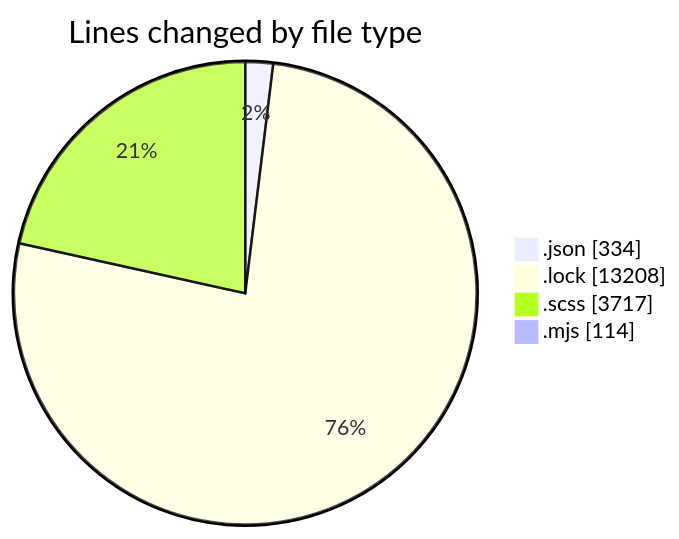
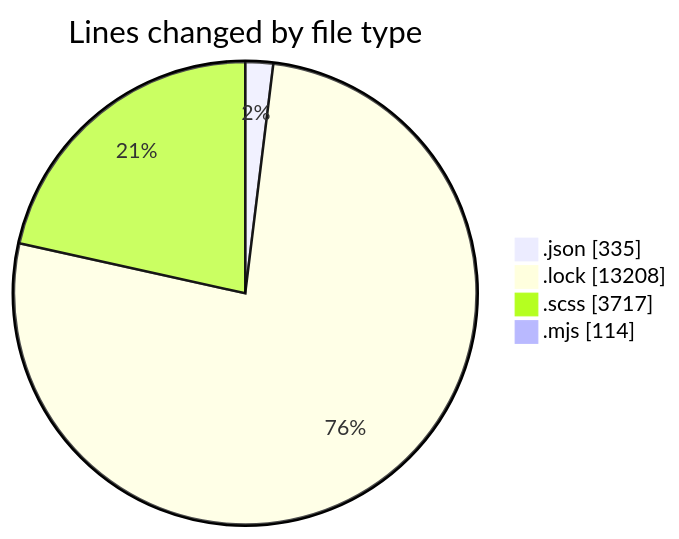
One commit to momahboobian/code-tracking changed the first of 2 diagrams in 2026-01-26/cda/README.md. Above: the diagram before and after it, drawn with Mermaid. The commit also changed other lines of this file and 1 other file, not shown here.

````diff
--- a/2026-01-26/cda/README.md
+++ b/2026-01-26/cda/README.md
@@ -29,8 +29,8 @@
 ```mermaid
 pie showData
 title Lines changed by file type
-".json" : 334
+".json" : 335
 ".lock" : 13208
 ".scss" : 3717
 ".mjs" : 114
 ```
````
